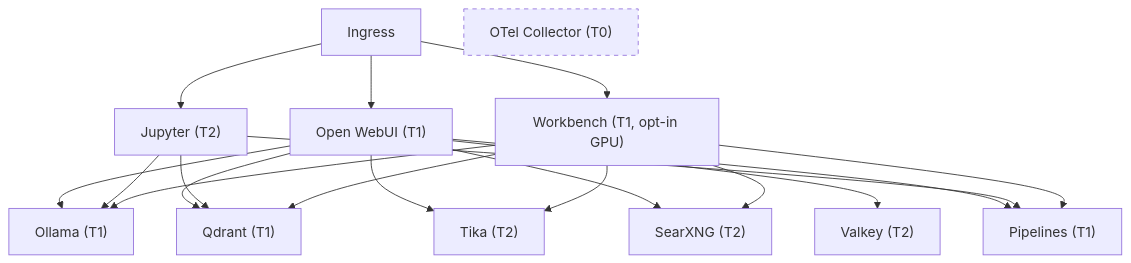
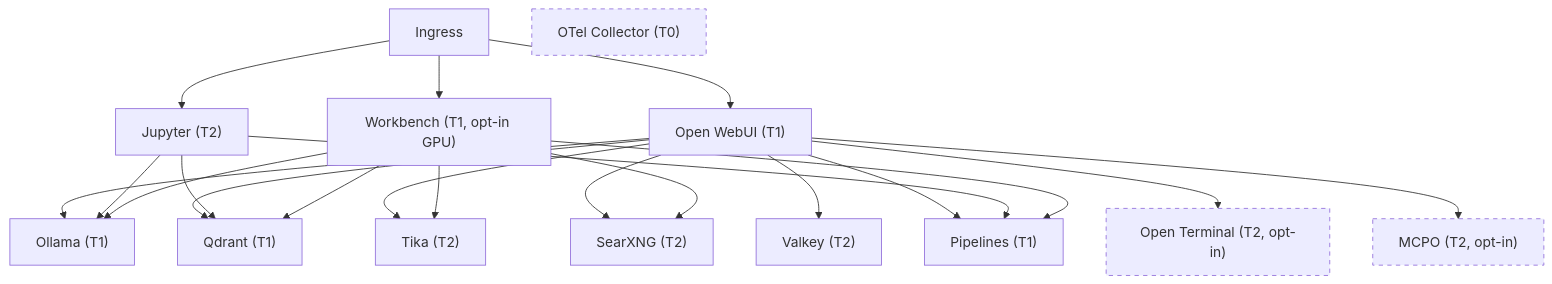
The diagram in README.md (rmednitzer/ai-stack), drawn with Mermaid before and after one commit. The commit also changed other lines of this file, not shown here.

First line of the commit message:
Update README with Open Terminal and MCPO components

````diff
--- a/README.md
+++ b/README.md
@@ -11,27 +11,32 @@
 ```mermaid
 graph TD
   Ingress --> OpenWebUI["Open WebUI (T1)"]
   Ingress --> Jupyter["Jupyter (T2)"]
   Ingress --> Workbench["Workbench (T1, opt-in GPU)"]
 
   OpenWebUI --> Ollama["Ollama (T1)"]
   OpenWebUI --> Qdrant["Qdrant (T1)"]
   OpenWebUI --> Tika["Tika (T2)"]
   OpenWebUI --> SearXNG["SearXNG (T2)"]
   OpenWebUI --> Valkey["Valkey (T2)"]
   OpenWebUI --> Pipelines["Pipelines (T1)"]
 
   Jupyter --> Ollama
   Jupyter --> Qdrant
   Jupyter --> Pipelines
 
   Workbench --> Ollama
   Workbench --> Qdrant
   Workbench --> Pipelines
   Workbench --> Tika
   Workbench --> SearXNG
 
+  OpenWebUI --> OpenTerminal["Open Terminal (T2, opt-in)"]
+  OpenWebUI --> MCPO["MCPO (T2, opt-in)"]
+
   OTel["OTel Collector (T0)"]
 
   style OTel stroke-dasharray: 5 5
+  style OpenTerminal stroke-dasharray: 5 5
+  style MCPO stroke-dasharray: 5 5
 ```
````
